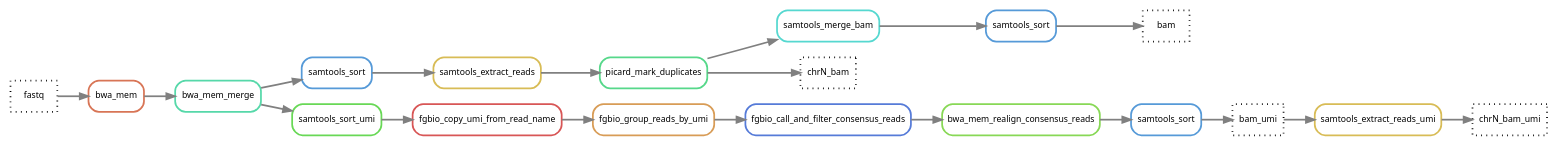
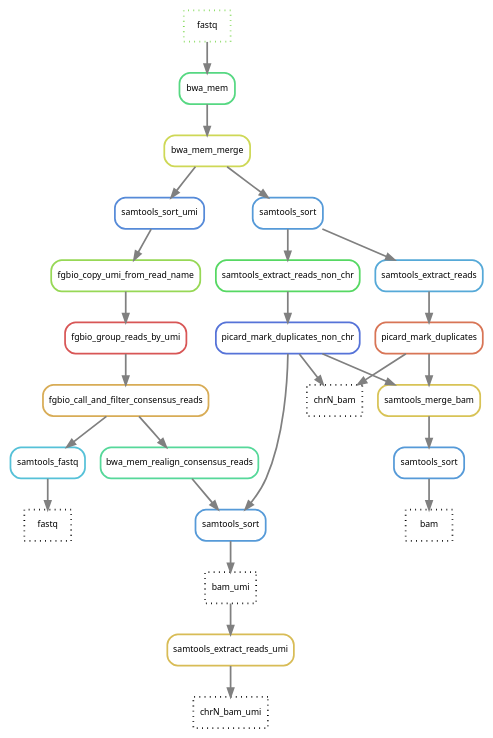
Before and after one commit to hydra-genetics/alignment: the diagram in docs/images/alignment.dna.dot, drawn with Graphviz. The commit also changed 1 other file, not shown here.

```diff
--- a/docs/images/alignment.dna.dot
+++ b/docs/images/alignment.dna.dot
@@ -1,43 +1,53 @@
 digraph snakemake_dag {
-	rankdir=LR;
     graph[bgcolor=white, margin=0];
     node[shape=box, style=rounded, fontname=sans,                 fontsize=10, penwidth=2];
     edge[penwidth=2, color=grey];
-	0[label = "fastq", color = "0.0 0.0 0.0", style="dotted"];
+	0[label = "fastq", color = "0.28 0.6 0.85", style="dotted"];
+	61[label = "fastq", color = "0.0 0.0 0.0", style="dotted"];
 	40[label = "samtools_sort", color = "0.58 0.6 0.85", style="rounded"];
 	41[label = "samtools_sort", color = "0.58 0.6 0.85", style="rounded"];
 	42[label = "samtools_sort", color = "0.58 0.6 0.85", style="rounded"];
-	2[label = "samtools_merge_bam", color = "0.49 0.6 0.85", style="rounded"];
-	3[label = "picard_mark_duplicates", color = "0.40 0.6 0.85", style="rounded"];
-	4[label = "samtools_extract_reads", color = "0.13 0.6 0.85", style="rounded"];
+	2[label = "samtools_merge_bam", color = "0.14 0.6 0.85", style="rounded"];
+	3[label = "picard_mark_duplicates", color = "0.04 0.6 0.85", style="rounded"];
+	4[label = "samtools_extract_reads", color = "0.56 0.6 0.85", style="rounded"];
 	51[label = "samtools_extract_reads_umi", color = "0.13 0.6 0.85", style="rounded"];
-	5[label = "bwa_mem_merge", color = "0.44 0.6 0.85", style="rounded"];
-	6[label = "bwa_mem", color = "0.04 0.6 0.85", style="rounded"];
-	8[label = "bwa_mem_realign_consensus_reads", color = "0.27 0.6 0.85", style="rounded"];
-	9[label = "fgbio_call_and_filter_consensus_reads", color = "0.62 0.6 0.85", style="rounded"];
-	10[label = "fgbio_group_reads_by_umi", color = "0.09 0.6 0.85", style="rounded"];
-	11[label = "fgbio_copy_umi_from_read_name", color = "0.00 0.6 0.85", style="rounded"];
-	12[label = "samtools_sort_umi", color = "0.31 0.6 0.85", style="rounded"];
+	5[label = "bwa_mem_merge", color = "0.18 0.6 0.85", style="rounded"];
+	6[label = "bwa_mem", color = "0.39 0.6 0.85", style="rounded"];
+	8[label = "picard_mark_duplicates_non_chr", color = "0.63 0.6 0.85", style="rounded"];
+	9[label = "samtools_extract_reads_non_chr", color = "0.35 0.6 0.85", style="rounded"];
+	10[label = "bwa_mem_realign_consensus_reads", color = "0.42 0.6 0.85", style="rounded"];
+	11[label = "fgbio_call_and_filter_consensus_reads", color = "0.11 0.6 0.85", style="rounded"];
+	12[label = "fgbio_group_reads_by_umi", color = "0.00 0.6 0.85", style="rounded"];
+	13[label = "fgbio_copy_umi_from_read_name", color = "0.25 0.6 0.85", style="rounded"];
+	14[label = "samtools_sort_umi", color = "0.60 0.6 0.85", style="rounded"];
+	15[label = "samtools_fastq", color = "0.53 0.6 0.85", style="rounded"];
 	20[label = "bam", color = "0.0 0.0 0.0", style="dotted"];
 	21[label = "bam_umi", color = "0.0 0.0 0.0", style="dotted"];
 	30[label = "chrN_bam", color = "0.0 0.0 0.0", style="dotted"];
 	31[label = "chrN_bam_umi", color = "0.0 0.0 0.0", style="dotted"];
 	0 -> 6
 	40 -> 20
+	15 -> 61
+	5 -> 41
 	2 -> 40
+	10 -> 42
 	8 -> 42
-	5 -> 41
 	3 -> 2
+	8 -> 2
 	3 -> 30
+	8 -> 30
 	4 -> 3
+	41 -> 4
 	6 -> 5
-	41 -> 4
 	9 -> 8
-	10 -> 9
+	41 -> 9
 	11 -> 10
 	12 -> 11
-	5 -> 12
+	13 -> 12
+	14 -> 13
+	5 -> 14
+	11 -> 15
 	42 -> 21
 	21 -> 51
 	51 -> 31
 }            
```
